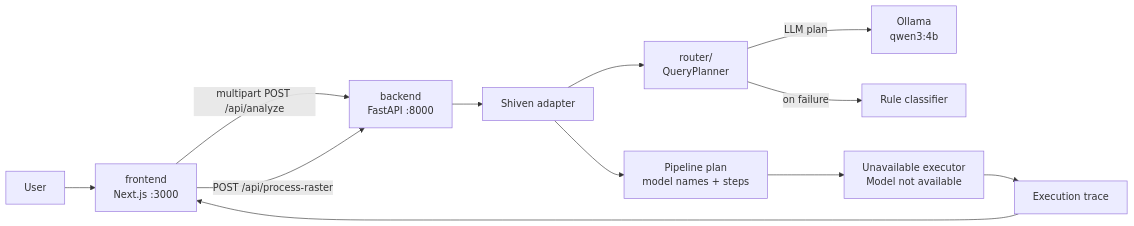
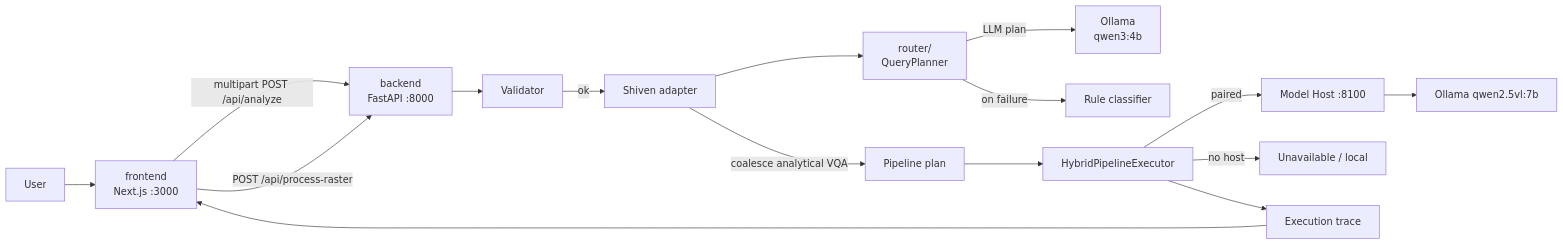
Before and after one commit to Krishu-24/SAT_Query: the first of 6 diagrams in docs/ARCHITECTURE.md, drawn with Mermaid. The commit also changed other lines of this file and 7 other files, not shown here.

````diff
--- a/docs/ARCHITECTURE.md
+++ b/docs/ARCHITECTURE.md
@@ -9,14 +9,18 @@
 ```mermaid
 flowchart LR
   U[User] --> FE[frontend<br/>Next.js :3000]
   FE -->|multipart POST /api/analyze| BE[backend<br/>FastAPI :8000]
   FE -->|POST /api/process-raster| BE
-  BE --> AD[Shiven adapter]
+  BE --> VAL[Validator]
+  VAL -->|ok| AD[Shiven adapter]
   AD --> RT[router/<br/>QueryPlanner]
   RT -->|LLM plan| OL[Ollama<br/>qwen3:4b]
   RT -->|on failure| RB[Rule classifier]
-  AD --> PIPE[Pipeline plan<br/>model names + steps]
-  PIPE --> UN[Unavailable executor<br/>Model not available]
-  UN --> TRACE[Execution trace]
+  AD -->|coalesce analytical VQA| PIPE[Pipeline plan]
+  PIPE --> HY[HybridPipelineExecutor]
+  HY -->|paired| NODE[Model Host :8100]
+  NODE --> VL[Ollama qwen2.5vl:7b]
+  HY -->|no host| UN[Unavailable / local]
+  HY --> TRACE[Execution trace]
   TRACE --> FE
 ```
````
